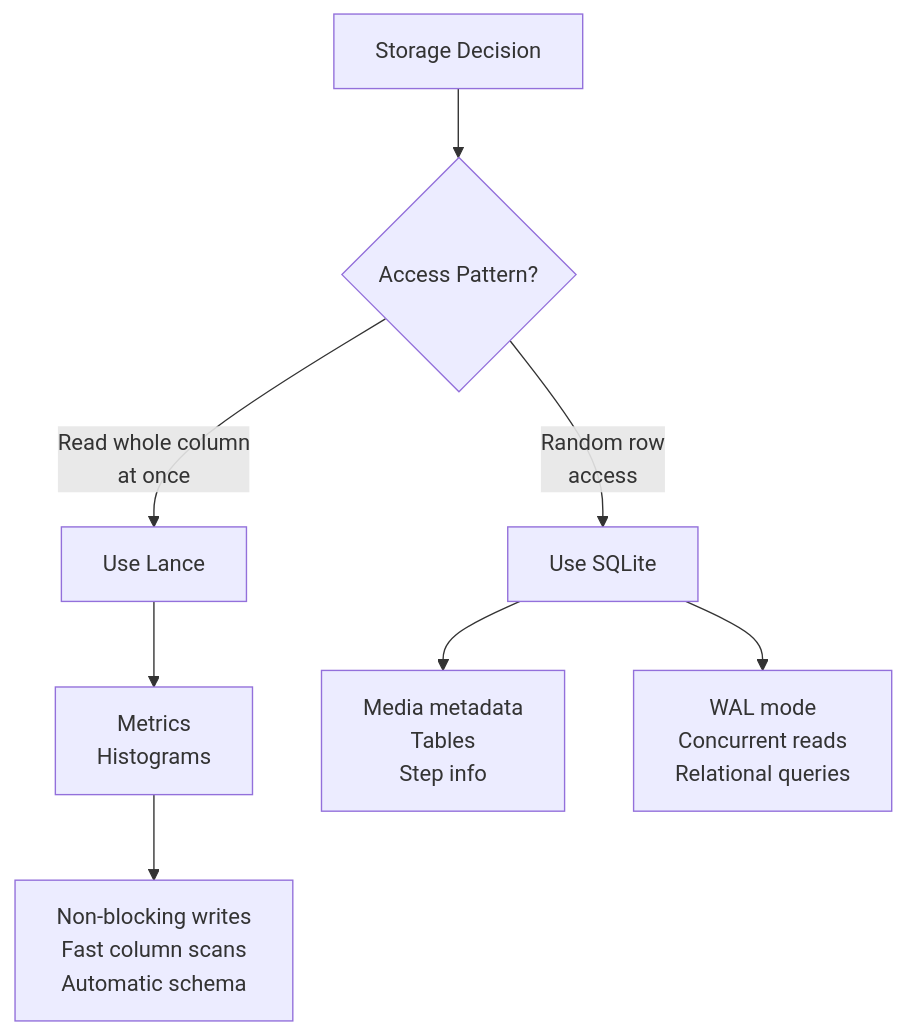
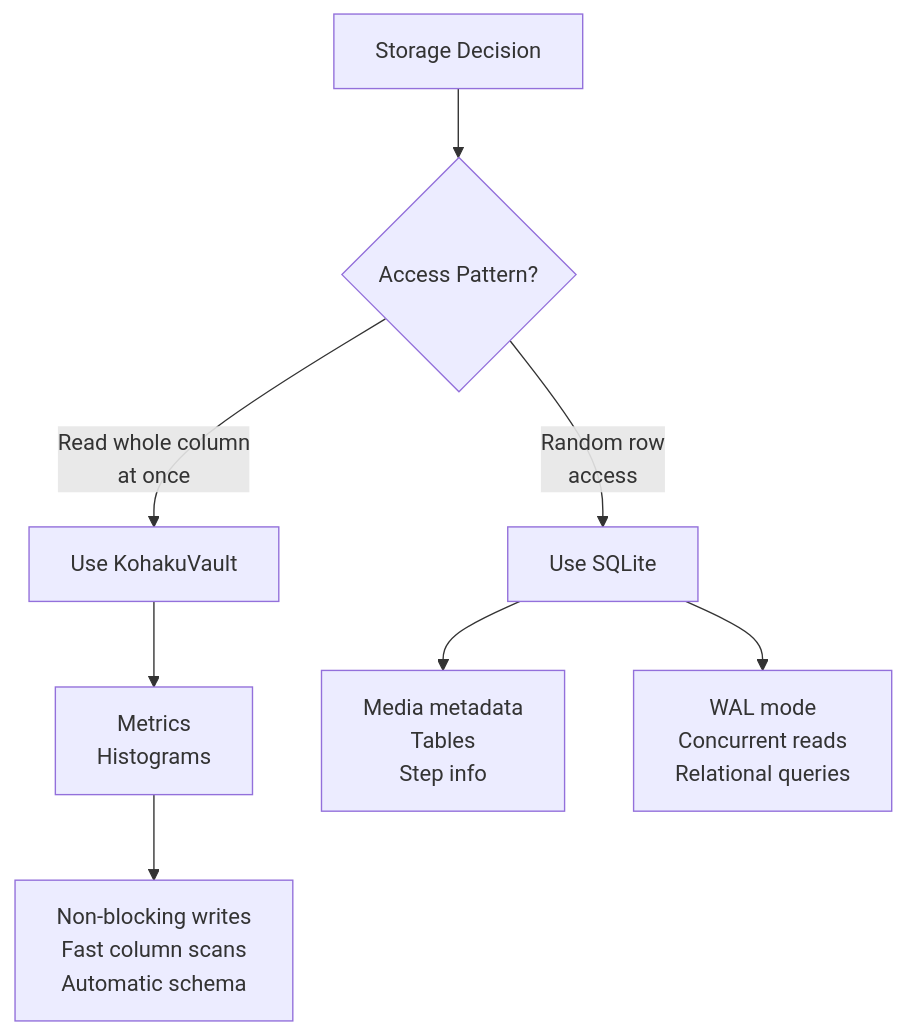
Before and after one commit to KohakuBlueleaf/KohakuBoard: the fourth of 14 diagrams in docs/kohakuboard/architecture.md, drawn with Mermaid. The commit also changed other lines of this file and 4 other files, not shown here.

````diff
--- a/docs/kohakuboard/architecture.md
+++ b/docs/kohakuboard/architecture.md
@@ -173,14 +173,14 @@
 ```mermaid
 graph TB
     A[Storage Decision] --> B{Access Pattern?}
 
-    B -->|Read whole column<br/>at once| C[Use Lance]
+    B -->|Read whole column<br/>at once| C[Use KohakuVault]
     B -->|Random row<br/>access| D[Use SQLite]
 
     C --> E[Metrics<br/>Histograms]
     D --> F[Media metadata<br/>Tables<br/>Step info]
 
     E --> G[Non-blocking writes<br/>Fast column scans<br/>Automatic schema]
     D --> H[WAL mode<br/>Concurrent reads<br/>Relational queries]
 
 ```
````
